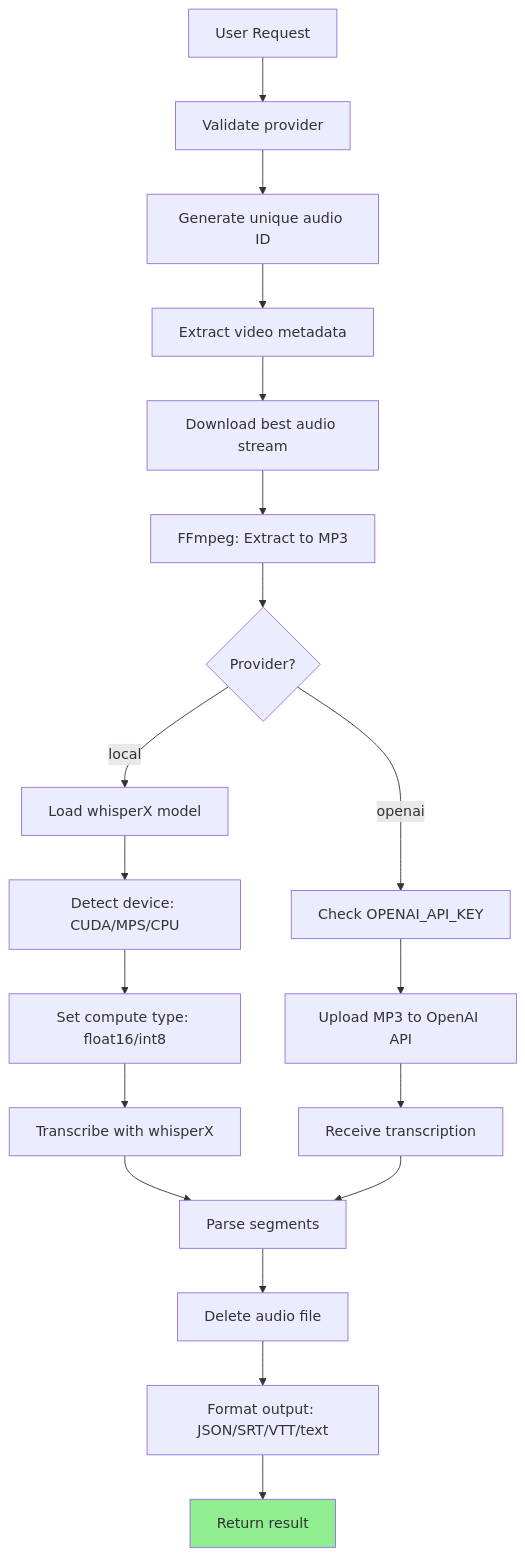
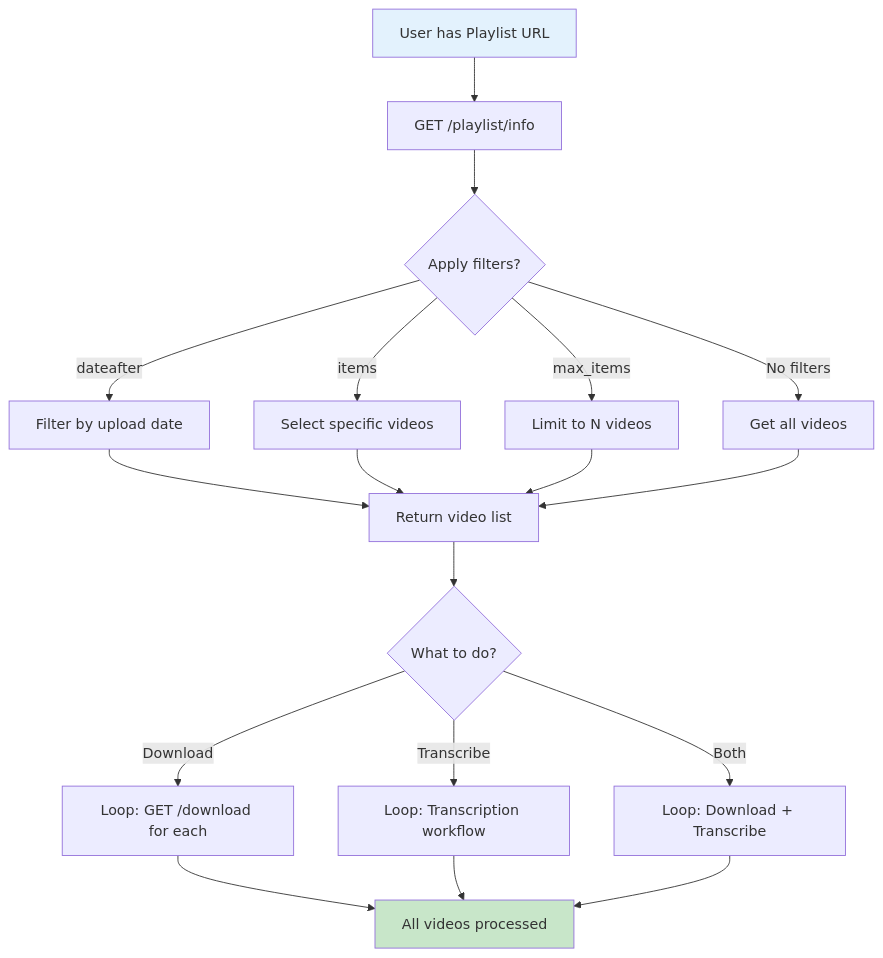
The seventh of 9 diagrams in docs/endpoint-flows.md (aaahariri/yt-dlp-v1), drawn with Mermaid before and after one commit. The commit also changed other lines of this file and 43 other files, not shown here.

````diff
--- a/docs/endpoint-flows.md
+++ b/docs/endpoint-flows.md
@@ -211,27 +287,28 @@
 ```mermaid
 flowchart TD
-    A[User Request] --> B[Validate provider]
-    B --> C[Generate unique audio ID]
-    C --> D[Extract video metadata]
-    D --> E[Download best audio stream]
-    E --> F[FFmpeg: Extract to MP3]
+    Start[User has Playlist URL] --> GetPlaylist[GET /playlist/info]
+    GetPlaylist --> FilterVideos{Apply filters?}
 
-    F --> G{Provider?}
+    FilterVideos -->|dateafter| FilterByDate[Filter by upload date]
+    FilterVideos -->|items| FilterByIndex[Select specific videos]
+    FilterVideos -->|max_items| LimitCount[Limit to N videos]
+    FilterVideos -->|No filters| AllVideos[Get all videos]
 
-    G -->|local| H[Load whisperX model]
-    H --> I[Detect device: CUDA/MPS/CPU]
-    I --> J[Set compute type: float16/int8]
-    J --> K[Transcribe with whisperX]
+    FilterByDate --> ReturnList[Return video list]
+    FilterByIndex --> ReturnList
+    LimitCount --> ReturnList
+    AllVideos --> ReturnList
 
-    G -->|openai| L[Check OPENAI_API_KEY]
-    L --> M[Upload MP3 to OpenAI API]
-    M --> N[Receive transcription]
+    ReturnList --> ProcessChoice{What to do?}
 
-    K --> O[Parse segments]
-    N --> O
-    O --> P[Delete audio file]
-    P --> Q[Format output: JSON/SRT/VTT/text]
-    Q --> R[Return result]
+    ProcessChoice -->|Download| LoopDownload[Loop: GET /download for each]
+    ProcessChoice -->|Transcribe| LoopTranscribe[Loop: Transcription workflow]
+    ProcessChoice -->|Both| LoopBoth[Loop: Download + Transcribe]
 
-    style R fill:#90EE90
+    LoopDownload --> Done[All videos processed]
+    LoopTranscribe --> Done
+    LoopBoth --> Done
+
+    style Start fill:#E3F2FD
+    style Done fill:#C8E6C9
 ```
````
